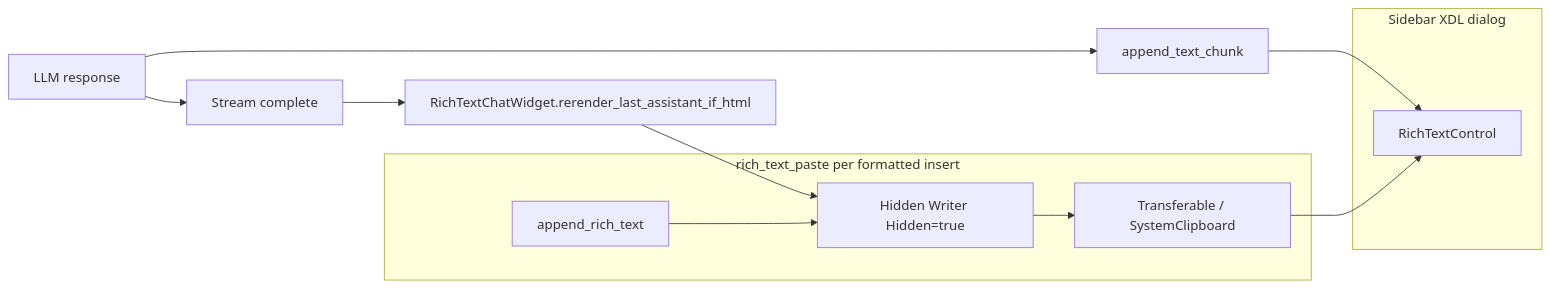
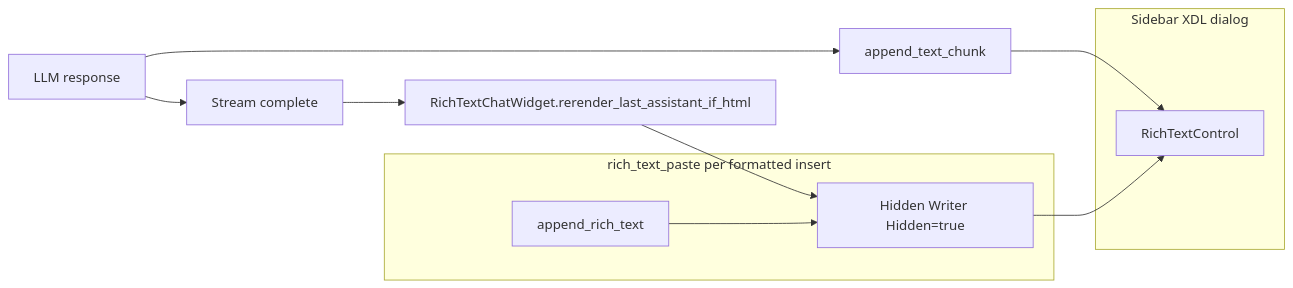
One commit to KeithCu/writeragent changed the second of 2 diagrams in docs/chat/rich-text-control-sidebar.md. Above: the diagram before and after it, drawn with Mermaid. The commit also changed other lines of this file and 11 other files, not shown here.

````diff
--- a/docs/chat/rich-text-control-sidebar.md
+++ b/docs/chat/rich-text-control-sidebar.md
@@ -120,18 +120,17 @@
 ```mermaid
 flowchart LR
     subgraph sidebar [Sidebar XDL dialog]
         RTC[RichTextControl]
     end
     subgraph paste [rich_text_paste per formatted insert]
         HW[Hidden Writer Hidden=true]
         HTML[append_rich_text]
-        CB[Transferable / SystemClipboard]
     end
     LLM[LLM response] --> stream[append_text_chunk]
     stream --> RTC
     LLM --> done[Stream complete]
     done --> rerender[RichTextChatWidget.rerender_last_assistant_if_html]
     rerender --> HW
     HTML --> HW
-    HW --> CB --> RTC
+    HW --> RTC
 ```
````
